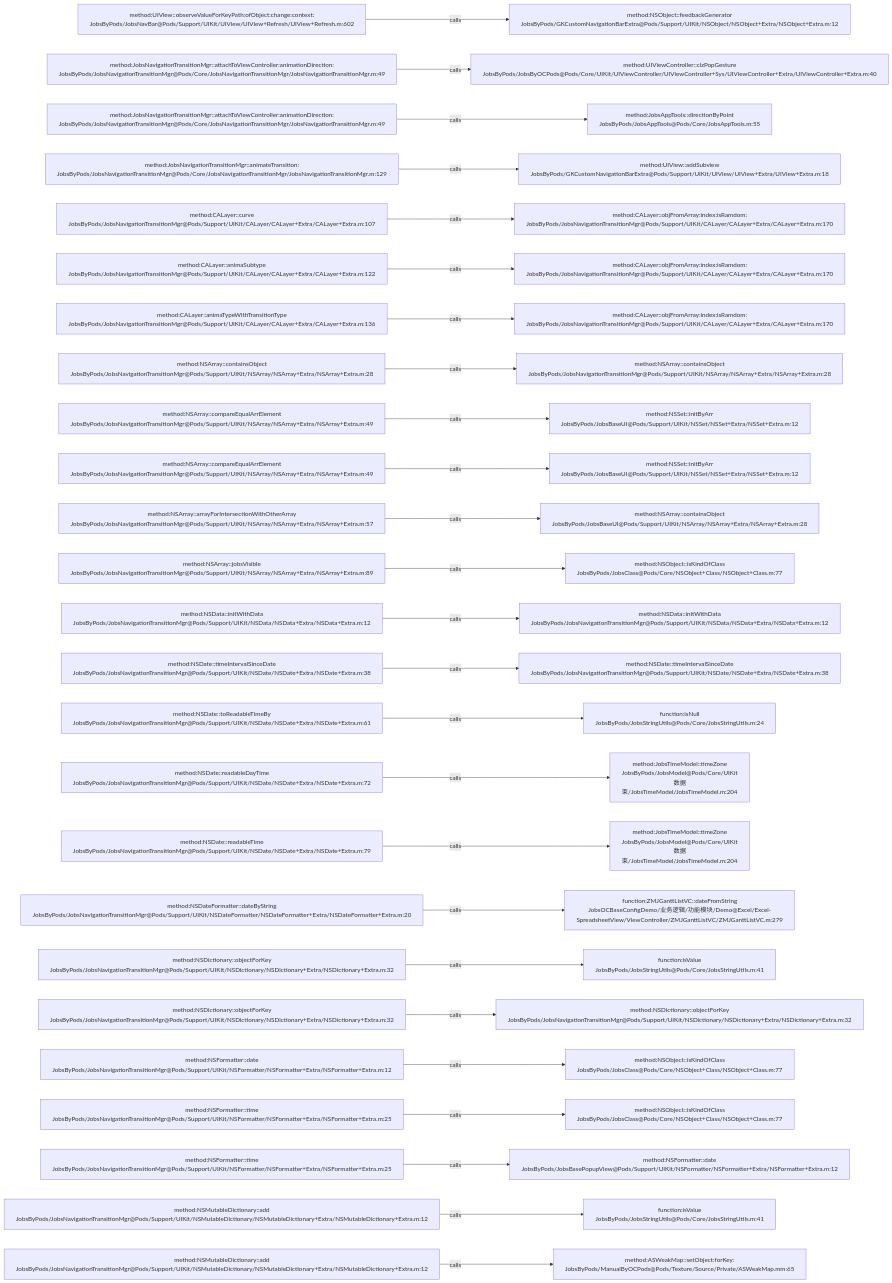
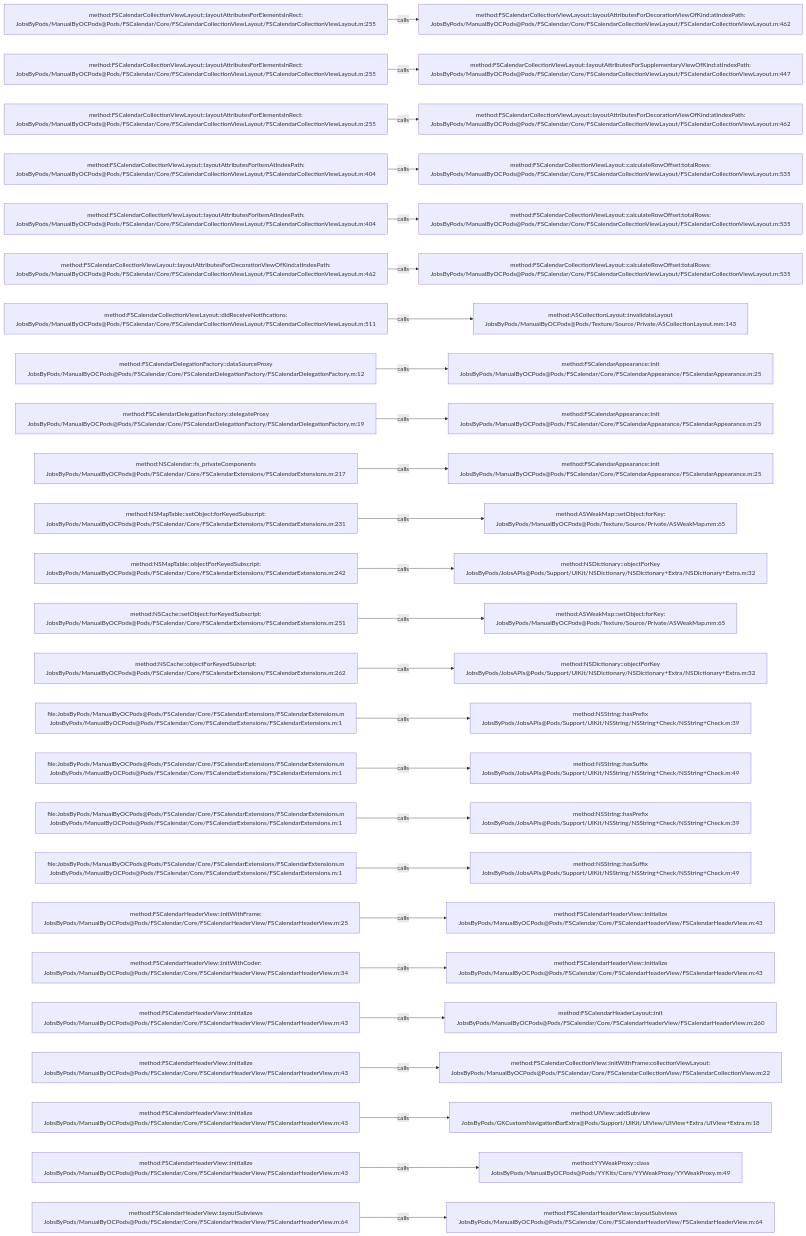
The diagram in .codegraph/codegraph.md/graphs/calls-123.md (JobsKits/JobsOCBaseConfigDemo), drawn with Mermaid before and after one commit. The commit also changed 573 other files, not shown here.

````diff
--- a/.codegraph/codegraph.md/graphs/calls-123.md
+++ b/.codegraph/codegraph.md/graphs/calls-123.md
@@ -13,78 +13,78 @@
 ```mermaid
 flowchart LR
-  S1["method:UIView::observeValueForKeyPath:ofObject:change:context:<br/>JobsByPods/JobsNavBar@Pods/Support/UIKit/UIView/UIView+Refresh/UIView+Refresh.m:602"]
-  T1["method:NSObject::feedbackGenerator<br/>JobsByPods/GKCustomNavigationBarExtra@Pods/Support/UIKit/NSObject/NSObject+Extra/NSObject+Extra.m:12"]
+  S1["method:FSCalendarCollectionViewLayout::layoutAttributesForElementsInRect:<br/>JobsByPods/ManualByOCPods@Pods/FSCalendar/Core/FSCalendarCollectionViewLayout/FSCalendarCollectionViewLayout.m:255"]
+  T1["method:FSCalendarCollectionViewLayout::layoutAttributesForDecorationViewOfKind:atIndexPath:<br/>JobsByPods/ManualByOCPods@Pods/FSCalendar/Core/FSCalendarCollectionViewLayout/FSCalendarCollectionViewLayout.m:462"]
   S1 -->|calls| T1
-  S2["method:JobsNavigationTransitionMgr::attachToViewController:animationDirection:<br/>JobsByPods/JobsNavigationTransitionMgr@Pods/Core/JobsNavigationTransitionMgr/JobsNavigationTransitionMgr.m:49"]
-  T2["method:UIViewController::clzPopGesture<br/>JobsByPods/JobsByOCPods@Pods/Core/UIKit/UIViewController/UIViewController+Sys/UIViewController+Extra/UIViewController+Extra.m:40"]
+  S2["method:FSCalendarCollectionViewLayout::layoutAttributesForElementsInRect:<br/>JobsByPods/ManualByOCPods@Pods/FSCalendar/Core/FSCalendarCollectionViewLayout/FSCalendarCollectionViewLayout.m:255"]
+  T2["method:FSCalendarCollectionViewLayout::layoutAttributesForSupplementaryViewOfKind:atIndexPath:<br/>JobsByPods/ManualByOCPods@Pods/FSCalendar/Core/FSCalendarCollectionViewLayout/FSCalendarCollectionViewLayout.m:447"]
   S2 -->|calls| T2
-  S3["method:JobsNavigationTransitionMgr::attachToViewController:animationDirection:<br/>JobsByPods/JobsNavigationTransitionMgr@Pods/Core/JobsNavigationTransitionMgr/JobsNavigationTransitionMgr.m:49"]
-  T3["method:JobsAppTools::directionByPoint<br/>JobsByPods/JobsAppTools@Pods/Core/JobsAppTools.m:55"]
+  S3["method:FSCalendarCollectionViewLayout::layoutAttributesForElementsInRect:<br/>JobsByPods/ManualByOCPods@Pods/FSCalendar/Core/FSCalendarCollectionViewLayout/FSCalendarCollectionViewLayout.m:255"]
+  T3["method:FSCalendarCollectionViewLayout::layoutAttributesForDecorationViewOfKind:atIndexPath:<br/>JobsByPods/ManualByOCPods@Pods/FSCalendar/Core/FSCalendarCollectionViewLayout/FSCalendarCollectionViewLayout.m:462"]
   S3 -->|calls| T3
-  S4["method:JobsNavigationTransitionMgr::animateTransition:<br/>JobsByPods/JobsNavigationTransitionMgr@Pods/Core/JobsNavigationTransitionMgr/JobsNavigationTransitionMgr.m:129"]
-  T4["method:UIView::addSubview<br/>JobsByPods/GKCustomNavigationBarExtra@Pods/Support/UIKit/UIView/UIView+Extra/UIView+Extra.m:18"]
+  S4["method:FSCalendarCollectionViewLayout::layoutAttributesForItemAtIndexPath:<br/>JobsByPods/ManualByOCPods@Pods/FSCalendar/Core/FSCalendarCollectionViewLayout/FSCalendarCollectionViewLayout.m:404"]
+  T4["method:FSCalendarCollectionViewLayout::calculateRowOffset:totalRows:<br/>JobsByPods/ManualByOCPods@Pods/FSCalendar/Core/FSCalendarCollectionViewLayout/FSCalendarCollectionViewLayout.m:535"]
   S4 -->|calls| T4
-  S5["method:CALayer::curve<br/>JobsByPods/JobsNavigationTransitionMgr@Pods/Support/UIKit/CALayer/CALayer+Extra/CALayer+Extra.m:107"]
-  T5["method:CALayer::objFromArray:index:isRamdom:<br/>JobsByPods/JobsNavigationTransitionMgr@Pods/Support/UIKit/CALayer/CALayer+Extra/CALayer+Extra.m:170"]
+  S5["method:FSCalendarCollectionViewLayout::layoutAttributesForItemAtIndexPath:<br/>JobsByPods/ManualByOCPods@Pods/FSCalendar/Core/FSCalendarCollectionViewLayout/FSCalendarCollectionViewLayout.m:404"]
+  T5["method:FSCalendarCollectionViewLayout::calculateRowOffset:totalRows:<br/>JobsByPods/ManualByOCPods@Pods/FSCalendar/Core/FSCalendarCollectionViewLayout/FSCalendarCollectionViewLayout.m:535"]
   S5 -->|calls| T5
-  S6["method:CALayer::animaSubtype<br/>JobsByPods/JobsNavigationTransitionMgr@Pods/Support/UIKit/CALayer/CALayer+Extra/CALayer+Extra.m:122"]
-  T6["method:CALayer::objFromArray:index:isRamdom:<br/>JobsByPods/JobsNavigationTransitionMgr@Pods/Support/UIKit/CALayer/CALayer+Extra/CALayer+Extra.m:170"]
+  S6["method:FSCalendarCollectionViewLayout::layoutAttributesForDecorationViewOfKind:atIndexPath:<br/>JobsByPods/ManualByOCPods@Pods/FSCalendar/Core/FSCalendarCollectionViewLayout/FSCalendarCollectionViewLayout.m:462"]
+  T6["method:FSCalendarCollectionViewLayout::calculateRowOffset:totalRows:<br/>JobsByPods/ManualByOCPods@Pods/FSCalendar/Core/FSCalendarCollectionViewLayout/FSCalendarCollectionViewLayout.m:535"]
   S6 -->|calls| T6
-  S7["method:CALayer::animaTypeWithTransitionType<br/>JobsByPods/JobsNavigationTransitionMgr@Pods/Support/UIKit/CALayer/CALayer+Extra/CALayer+Extra.m:136"]
-  T7["method:CALayer::objFromArray:index:isRamdom:<br/>JobsByPods/JobsNavigationTransitionMgr@Pods/Support/UIKit/CALayer/CALayer+Extra/CALayer+Extra.m:170"]
+  S7["method:FSCalendarCollectionViewLayout::didReceiveNotifications:<br/>JobsByPods/ManualByOCPods@Pods/FSCalendar/Core/FSCalendarCollectionViewLayout/FSCalendarCollectionViewLayout.m:511"]
+  T7["method:ASCollectionLayout::invalidateLayout<br/>JobsByPods/ManualByOCPods@Pods/Texture/Source/Private/ASCollectionLayout.mm:143"]
   S7 -->|calls| T7
-  S8["method:NSArray::containsObject<br/>JobsByPods/JobsNavigationTransitionMgr@Pods/Support/UIKit/NSArray/NSArray+Extra/NSArray+Extra.m:28"]
-  T8["method:NSArray::containsObject<br/>JobsByPods/JobsNavigationTransitionMgr@Pods/Support/UIKit/NSArray/NSArray+Extra/NSArray+Extra.m:28"]
+  S8["method:FSCalendarDelegationFactory::dataSourceProxy<br/>JobsByPods/ManualByOCPods@Pods/FSCalendar/Core/FSCalendarDelegationFactory/FSCalendarDelegationFactory.m:12"]
+  T8["method:FSCalendarAppearance::init<br/>JobsByPods/ManualByOCPods@Pods/FSCalendar/Core/FSCalendarAppearance/FSCalendarAppearance.m:25"]
   S8 -->|calls| T8
-  S9["method:NSArray::compareEqualArrElement<br/>JobsByPods/JobsNavigationTransitionMgr@Pods/Support/UIKit/NSArray/NSArray+Extra/NSArray+Extra.m:49"]
-  T9["method:NSSet::initByArr<br/>JobsByPods/JobsBaseUI@Pods/Support/UIKit/NSSet/NSSet+Extra/NSSet+Extra.m:12"]
+  S9["method:FSCalendarDelegationFactory::delegateProxy<br/>JobsByPods/ManualByOCPods@Pods/FSCalendar/Core/FSCalendarDelegationFactory/FSCalendarDelegationFactory.m:19"]
+  T9["method:FSCalendarAppearance::init<br/>JobsByPods/ManualByOCPods@Pods/FSCalendar/Core/FSCalendarAppearance/FSCalendarAppearance.m:25"]
   S9 -->|calls| T9
-  S10["method:NSArray::compareEqualArrElement<br/>JobsByPods/JobsNavigationTransitionMgr@Pods/Support/UIKit/NSArray/NSArray+Extra/NSArray+Extra.m:49"]
-  T10["method:NSSet::initByArr<br/>JobsByPods/JobsBaseUI@Pods/Support/UIKit/NSSet/NSSet+Extra/NSSet+Extra.m:12"]
+  S10["method:NSCalendar::fs_privateComponents<br/>JobsByPods/ManualByOCPods@Pods/FSCalendar/Core/FSCalendarExtensions/FSCalendarExtensions.m:217"]
+  T10["method:FSCalendarAppearance::init<br/>JobsByPods/ManualByOCPods@Pods/FSCalendar/Core/FSCalendarAppearance/FSCalendarAppearance.m:25"]
   S10 -->|calls| T10
-  S11["method:NSArray::arrayForIntersectionWithOtherArray<br/>JobsByPods/JobsNavigationTransitionMgr@Pods/Support/UIKit/NSArray/NSArray+Extra/NSArray+Extra.m:57"]
-  T11["method:NSArray::containsObject<br/>JobsByPods/JobsBaseUI@Pods/Support/UIKit/NSArray/NSArray+Extra/NSArray+Extra.m:28"]
+  S11["method:NSMapTable::setObject:forKeyedSubscript:<br/>JobsByPods/ManualByOCPods@Pods/FSCalendar/Core/FSCalendarExtensions/FSCalendarExtensions.m:231"]
+  T11["method:ASWeakMap::setObject:forKey:<br/>JobsByPods/ManualByOCPods@Pods/Texture/Source/Private/ASWeakMap.mm:65"]
   S11 -->|calls| T11
-  S12["method:NSArray::jobsVisible<br/>JobsByPods/JobsNavigationTransitionMgr@Pods/Support/UIKit/NSArray/NSArray+Extra/NSArray+Extra.m:89"]
-  T12["method:NSObject::isKindOfClass<br/>JobsByPods/JobsClass@Pods/Core/NSObject+Class/NSObject+Class.m:77"]
+  S12["method:NSMapTable::objectForKeyedSubscript:<br/>JobsByPods/ManualByOCPods@Pods/FSCalendar/Core/FSCalendarExtensions/FSCalendarExtensions.m:242"]
+  T12["method:NSDictionary::objectForKey<br/>JobsByPods/JobsAPIs@Pods/Support/UIKit/NSDictionary/NSDictionary+Extra/NSDictionary+Extra.m:32"]
   S12 -->|calls| T12
-  S13["method:NSData::initWithData<br/>JobsByPods/JobsNavigationTransitionMgr@Pods/Support/UIKit/NSData/NSData+Extra/NSData+Extra.m:12"]
-  T13["method:NSData::initWithData<br/>JobsByPods/JobsNavigationTransitionMgr@Pods/Support/UIKit/NSData/NSData+Extra/NSData+Extra.m:12"]
+  S13["method:NSCache::setObject:forKeyedSubscript:<br/>JobsByPods/ManualByOCPods@Pods/FSCalendar/Core/FSCalendarExtensions/FSCalendarExtensions.m:251"]
+  T13["method:ASWeakMap::setObject:forKey:<br/>JobsByPods/ManualByOCPods@Pods/Texture/Source/Private/ASWeakMap.mm:65"]
   S13 -->|calls| T13
-  S14["method:NSDate::timeIntervalSinceDate<br/>JobsByPods/JobsNavigationTransitionMgr@Pods/Support/UIKit/NSDate/NSDate+Extra/NSDate+Extra.m:38"]
-  T14["method:NSDate::timeIntervalSinceDate<br/>JobsByPods/JobsNavigationTransitionMgr@Pods/Support/UIKit/NSDate/NSDate+Extra/NSDate+Extra.m:38"]
+  S14["method:NSCache::objectForKeyedSubscript:<br/>JobsByPods/ManualByOCPods@Pods/FSCalendar/Core/FSCalendarExtensions/FSCalendarExtensions.m:262"]
+  T14["method:NSDictionary::objectForKey<br/>JobsByPods/JobsAPIs@Pods/Support/UIKit/NSDictionary/NSDictionary+Extra/NSDictionary+Extra.m:32"]
   S14 -->|calls| T14
-  S15["method:NSDate::toReadableTimeBy<br/>JobsByPods/JobsNavigationTransitionMgr@Pods/Support/UIKit/NSDate/NSDate+Extra/NSDate+Extra.m:61"]
-  T15["function:isNull<br/>JobsByPods/JobsStringUtils@Pods/Core/JobsStringUtils.m:24"]
+  S15["file:JobsByPods/ManualByOCPods@Pods/FSCalendar/Core/FSCalendarExtensions/FSCalendarExtensions.m<br/>JobsByPods/ManualByOCPods@Pods/FSCalendar/Core/FSCalendarExtensions/FSCalendarExtensions.m:1"]
+  T15["method:NSString::hasPrefix<br/>JobsByPods/JobsAPIs@Pods/Support/UIKit/NSString/NSString+Check/NSString+Check.m:39"]
   S15 -->|calls| T15
-  S16["method:NSDate::readableDayTime<br/>JobsByPods/JobsNavigationTransitionMgr@Pods/Support/UIKit/NSDate/NSDate+Extra/NSDate+Extra.m:72"]
-  T16["method:JobsTimeModel::timeZone<br/>JobsByPods/JobsModel@Pods/Core/UIKit数据束/JobsTimeModel/JobsTimeModel.m:204"]
+  S16["file:JobsByPods/ManualByOCPods@Pods/FSCalendar/Core/FSCalendarExtensions/FSCalendarExtensions.m<br/>JobsByPods/ManualByOCPods@Pods/FSCalendar/Core/FSCalendarExtensions/FSCalendarExtensions.m:1"]
+  T16["method:NSString::hasSuffix<br/>JobsByPods/JobsAPIs@Pods/Support/UIKit/NSString/NSString+Check/NSString+Check.m:49"]
   S16 -->|calls| T16
-  S17["method:NSDate::readableTime<br/>JobsByPods/JobsNavigationTransitionMgr@Pods/Support/UIKit/NSDate/NSDate+Extra/NSDate+Extra.m:79"]
-  T17["method:JobsTimeModel::timeZone<br/>JobsByPods/JobsModel@Pods/Core/UIKit数据束/JobsTimeModel/JobsTimeModel.m:204"]
+  S17["file:JobsByPods/ManualByOCPods@Pods/FSCalendar/Core/FSCalendarExtensions/FSCalendarExtensions.m<br/>JobsByPods/ManualByOCPods@Pods/FSCalendar/Core/FSCalendarExtensions/FSCalendarExtensions.m:1"]
+  T17["method:NSString::hasPrefix<br/>JobsByPods/JobsAPIs@Pods/Support/UIKit/NSString/NSString+Check/NSString+Check.m:39"]
   S17 -->|calls| T17
-  S18["method:NSDateFormatter::dateByString<br/>JobsByPods/JobsNavigationTransitionMgr@Pods/Support/UIKit/NSDateFormatter/NSDateFormatter+Extra/NSDateFormatter+Extra.m:20"]
-  T18["function:ZMJGanttListVC::dateFromString<br/>JobsOCBaseConfigDemo/业务逻辑/功能模块/Demo@Excel/Excel-SpreadsheetView/ViewController/ZMJGanttListVC/ZMJGanttListVC.m:279"]
+  S18["file:JobsByPods/ManualByOCPods@Pods/FSCalendar/Core/FSCalendarExtensions/FSCalendarExtensions.m<br/>JobsByPods/ManualByOCPods@Pods/FSCalendar/Core/FSCalendarExtensions/FSCalendarExtensions.m:1"]
+  T18["method:NSString::hasSuffix<br/>JobsByPods/JobsAPIs@Pods/Support/UIKit/NSString/NSString+Check/NSString+Check.m:49"]
   S18 -->|calls| T18
-  S19["method:NSDictionary::objectForKey<br/>JobsByPods/JobsNavigationTransitionMgr@Pods/Support/UIKit/NSDictionary/NSDictionary+Extra/NSDictionary+Extra.m:32"]
-  T19["function:isValue<br/>JobsByPods/JobsStringUtils@Pods/Core/JobsStringUtils.m:41"]
+  S19["method:FSCalendarHeaderView::initWithFrame:<br/>JobsByPods/ManualByOCPods@Pods/FSCalendar/Core/FSCalendarHeaderView/FSCalendarHeaderView.m:25"]
+  T19["method:FSCalendarHeaderView::initialize<br/>JobsByPods/ManualByOCPods@Pods/FSCalendar/Core/FSCalendarHeaderView/FSCalendarHeaderView.m:43"]
   S19 -->|calls| T19
-  S20["method:NSDictionary::objectForKey<br/>JobsByPods/JobsNavigationTransitionMgr@Pods/Support/UIKit/NSDictionary/NSDictionary+Extra/NSDictionary+Extra.m:32"]
-  T20["method:NSDictionary::objectForKey<br/>JobsByPods/JobsNavigationTransitionMgr@Pods/Support/UIKit/NSDictionary/NSDictionary+Extra/NSDictionary+Extra.m:32"]
+  S20["method:FSCalendarHeaderView::initWithCoder:<br/>JobsByPods/ManualByOCPods@Pods/FSCalendar/Core/FSCalendarHeaderView/FSCalendarHeaderView.m:34"]
+  T20["method:FSCalendarHeaderView::initialize<br/>JobsByPods/ManualByOCPods@Pods/FSCalendar/Core/FSCalendarHeaderView/FSCalendarHeaderView.m:43"]
   S20 -->|calls| T20
-  S21["method:NSFormatter::date<br/>JobsByPods/JobsNavigationTransitionMgr@Pods/Support/UIKit/NSFormatter/NSFormatter+Extra/NSFormatter+Extra.m:12"]
-  T21["method:NSObject::isKindOfClass<br/>JobsByPods/JobsClass@Pods/Core/NSObject+Class/NSObject+Class.m:77"]
+  S21["method:FSCalendarHeaderView::initialize<br/>JobsByPods/ManualByOCPods@Pods/FSCalendar/Core/FSCalendarHeaderView/FSCalendarHeaderView.m:43"]
+  T21["method:FSCalendarHeaderLayout::init<br/>JobsByPods/ManualByOCPods@Pods/FSCalendar/Core/FSCalendarHeaderView/FSCalendarHeaderView.m:260"]
   S21 -->|calls| T21
-  S22["method:NSFormatter::time<br/>JobsByPods/JobsNavigationTransitionMgr@Pods/Support/UIKit/NSFormatter/NSFormatter+Extra/NSFormatter+Extra.m:25"]
-  T22["method:NSObject::isKindOfClass<br/>JobsByPods/JobsClass@Pods/Core/NSObject+Class/NSObject+Class.m:77"]
+  S22["method:FSCalendarHeaderView::initialize<br/>JobsByPods/ManualByOCPods@Pods/FSCalendar/Core/FSCalendarHeaderView/FSCalendarHeaderView.m:43"]
+  T22["method:FSCalendarCollectionView::initWithFrame:collectionViewLayout:<br/>JobsByPods/ManualByOCPods@Pods/FSCalendar/Core/FSCalendarCollectionView/FSCalendarCollectionView.m:22"]
   S22 -->|calls| T22
-  S23["method:NSFormatter::time<br/>JobsByPods/JobsNavigationTransitionMgr@Pods/Support/UIKit/NSFormatter/NSFormatter+Extra/NSFormatter+Extra.m:25"]
-  T23["method:NSFormatter::date<br/>JobsByPods/JobsBasePopupView@Pods/Support/UIKit/NSFormatter/NSFormatter+Extra/NSFormatter+Extra.m:12"]
+  S23["method:FSCalendarHeaderView::initialize<br/>JobsByPods/ManualByOCPods@Pods/FSCalendar/Core/FSCalendarHeaderView/FSCalendarHeaderView.m:43"]
+  T23["method:UIView::addSubview<br/>JobsByPods/GKCustomNavigationBarExtra@Pods/Support/UIKit/UIView/UIView+Extra/UIView+Extra.m:18"]
   S23 -->|calls| T23
-  S24["method:NSMutableDictionary::add<br/>JobsByPods/JobsNavigationTransitionMgr@Pods/Support/UIKit/NSMutableDictionary/NSMutableDictionary+Extra/NSMutableDictionary+Extra.m:12"]
-  T24["function:isValue<br/>JobsByPods/JobsStringUtils@Pods/Core/JobsStringUtils.m:41"]
+  S24["method:FSCalendarHeaderView::initialize<br/>JobsByPods/ManualByOCPods@Pods/FSCalendar/Core/FSCalendarHeaderView/FSCalendarHeaderView.m:43"]
+  T24["method:YYWeakProxy::class<br/>JobsByPods/ManualByOCPods@Pods/YYKits/Core/YYWeakProxy/YYWeakProxy.m:49"]
   S24 -->|calls| T24
-  S25["method:NSMutableDictionary::add<br/>JobsByPods/JobsNavigationTransitionMgr@Pods/Support/UIKit/NSMutableDictionary/NSMutableDictionary+Extra/NSMutableDictionary+Extra.m:12"]
-  T25["method:ASWeakMap::setObject:forKey:<br/>JobsByPods/ManualByOCPods@Pods/Texture/Source/Private/ASWeakMap.mm:65"]
+  S25["method:FSCalendarHeaderView::layoutSubviews<br/>JobsByPods/ManualByOCPods@Pods/FSCalendar/Core/FSCalendarHeaderView/FSCalendarHeaderView.m:64"]
+  T25["method:FSCalendarHeaderView::layoutSubviews<br/>JobsByPods/ManualByOCPods@Pods/FSCalendar/Core/FSCalendarHeaderView/FSCalendarHeaderView.m:64"]
   S25 -->|calls| T25
 ```
````
